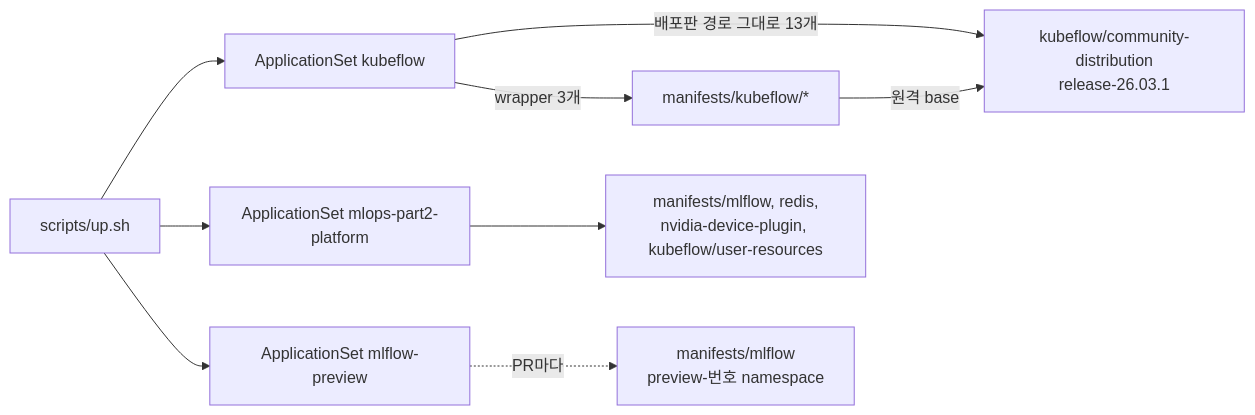
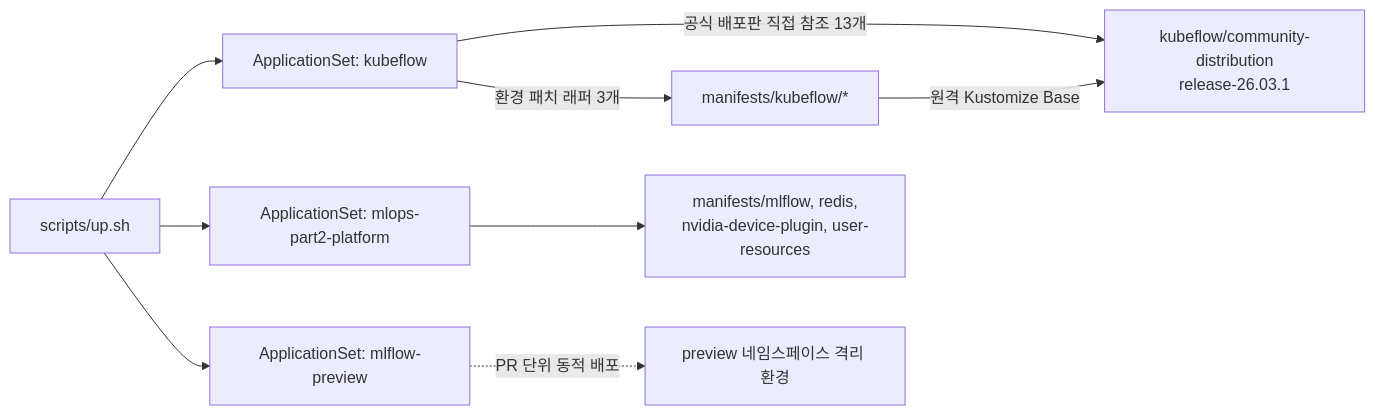
One commit to choisungwook/portfolio changed the diagram in mlops/ml-platform-engineering-part2/docs/setup.md. Above: the diagram before and after it, drawn with Mermaid. The commit also changed other lines of this file and 16 other files, not shown here.

Commit message:
docs(mlops): improve clarity and structure of part2 hands-on documentation

````diff
--- a/mlops/ml-platform-engineering-part2/docs/setup.md
+++ b/mlops/ml-platform-engineering-part2/docs/setup.md
@@ -132,11 +137,11 @@
 ```mermaid
 flowchart LR
-  up[scripts/up.sh] --> KF[ApplicationSet kubeflow]
-  up --> PL[ApplicationSet mlops-part2-platform]
-  up --> PV[ApplicationSet mlflow-preview]
-  KF -->|배포판 경로 그대로 13개| UP[kubeflow/community-distribution<br/>release-26.03.1]
-  KF -->|wrapper 3개| WR[manifests/kubeflow/*]
-  WR -->|원격 base| UP
-  PL --> OWN[manifests/mlflow, redis,<br/>nvidia-device-plugin, kubeflow/user-resources]
-  PV -.->|PR마다| MF[manifests/mlflow<br/>preview-번호 namespace]
+  up[scripts/up.sh] --> KF[ApplicationSet: kubeflow]
+  up --> PL[ApplicationSet: mlops-part2-platform]
+  up --> PV[ApplicationSet: mlflow-preview]
+  KF -->|공식 배포판 직접 참조 13개| UP[kubeflow/community-distribution<br/>release-26.03.1]
+  KF -->|환경 패치 래퍼 3개| WR[manifests/kubeflow/*]
+  WR -->|원격 Kustomize Base| UP
+  PL --> OWN[manifests/mlflow, redis,<br/>nvidia-device-plugin, user-resources]
+  PV -.->|PR 단위 동적 배포| MF[preview 네임스페이스 격리 환경]
 ```
````
